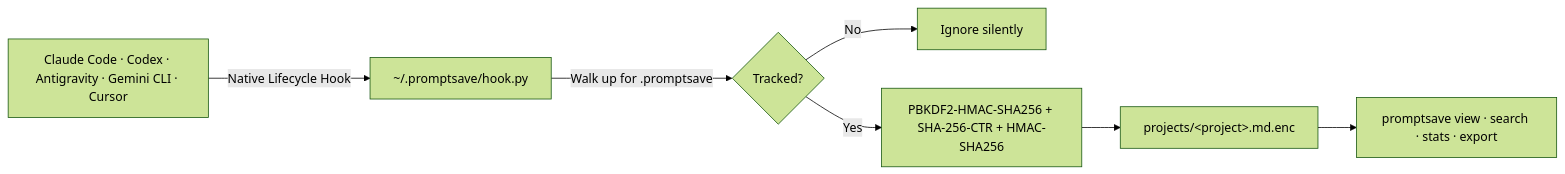
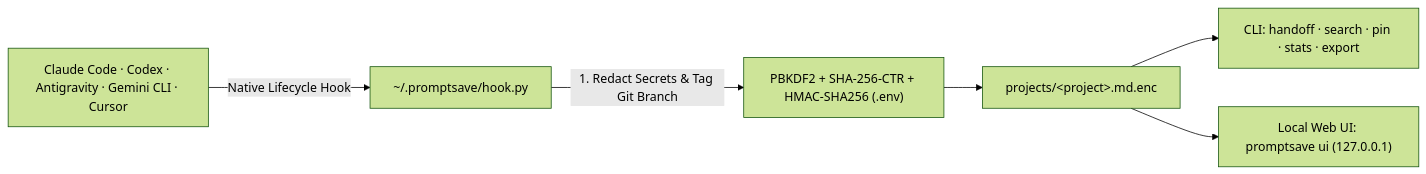
One commit to fkayhan11/promptsave changed the diagram in README.md. Above: the diagram before and after it, drawn with Mermaid (forest theme). The commit also changed other lines of this file and 11 other files, not shown here.

Commit message:
feat: add AI handoff, secret redaction, git context, prompt pinning, and local web UI (v1.2.0)

````diff
--- a/README.md
+++ b/README.md
@@ -98,9 +103,8 @@
 ```mermaid
 flowchart LR
     A["Claude Code · Codex · Antigravity · Gemini CLI · Cursor"] -->|"Native Lifecycle Hook"| B["~/.promptsave/hook.py"]
-    B -->|"Walk up for .promptsave"| C{"Tracked?"}
-    C -->|"No"| D["Ignore silently"]
-    C -->|"Yes"| E["PBKDF2-HMAC-SHA256 + SHA-256-CTR + HMAC-SHA256"]
-    E --> F["projects/&lt;project&gt;.md.enc"]
-    F --> G["promptsave view · search · stats · export"]
+    B -->|"1. Redact Secrets & Tag Git Branch"| C["PBKDF2 + SHA-256-CTR + HMAC-SHA256 (.env)"]
+    C --> D["projects/&lt;project&gt;.md.enc"]
+    D --> E["CLI: handoff · search · pin · stats · export"]
+    D --> F["Local Web UI: promptsave ui (127.0.0.1)"]
 ```
````
